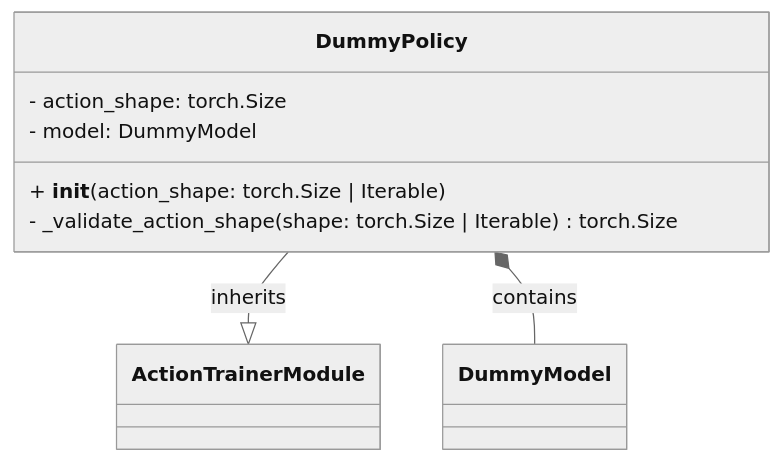
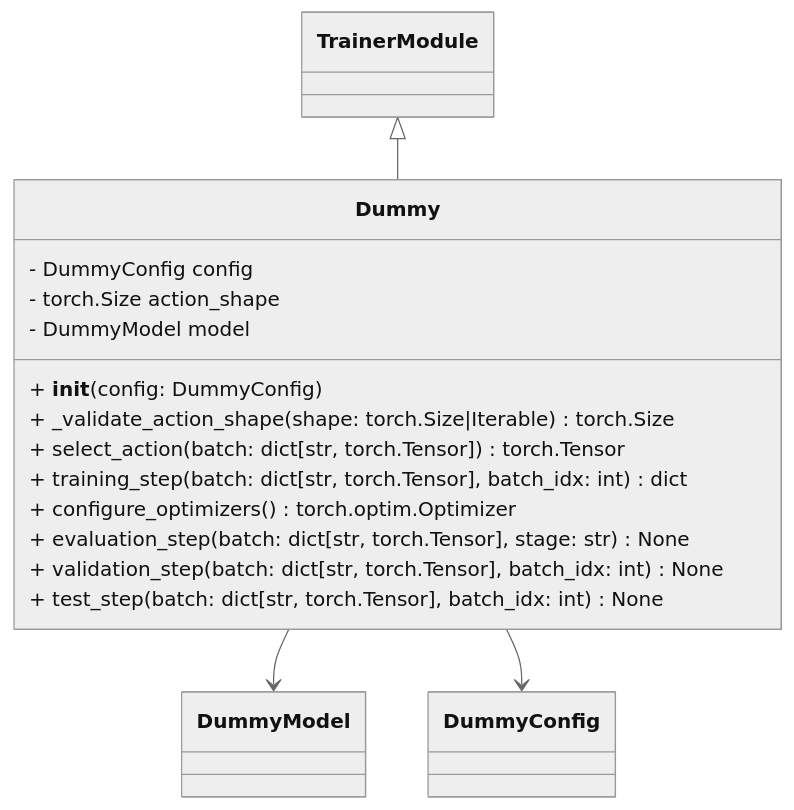
One commit to open-edge-platform/physical-ai-studio changed the first of 2 diagrams in lib/docs/design/policy/dummy.md. Above: the diagram before and after it, drawn with Mermaid (neutral theme). The commit also changed other lines of this file and 27 other files, not shown here.

````diff
--- a/lib/docs/design/policy/dummy.md
+++ b/lib/docs/design/policy/dummy.md
@@ -11,18 +11,24 @@
 ```mermaid
 classDiagram
-    class ActionTrainerModule {
+    class TrainerModule
+    class DummyModel
+    class DummyConfig
+
+    class Dummy {
+        - DummyConfig config
+        - torch.Size action_shape
+        - DummyModel model
+        + __init__(config: DummyConfig)
+        + _validate_action_shape(shape: torch.Size|Iterable) torch.Size
+        + select_action(batch: dict[str, torch.Tensor]) torch.Tensor
+        + training_step(batch: dict[str, torch.Tensor], batch_idx: int) dict
+        + configure_optimizers() torch.optim.Optimizer
+        + evaluation_step(batch: dict[str, torch.Tensor], stage: str) None
+        + validation_step(batch: dict[str, torch.Tensor], batch_idx: int) None
+        + test_step(batch: dict[str, torch.Tensor], batch_idx: int) None
     }
 
-    class DummyModel {
-    }
-
-    class DummyPolicy {
-        - action_shape: torch.Size
-        - model: DummyModel
-        + __init__(action_shape: torch.Size | Iterable)
-        - _validate_action_shape(shape: torch.Size | Iterable) torch.Size
-    }
-
-    DummyPolicy --|> ActionTrainerModule : inherits
-    DummyPolicy *-- DummyModel : contains
+    TrainerModule <|-- Dummy
+    Dummy --> DummyModel
+    Dummy --> DummyConfig
 ```
````
